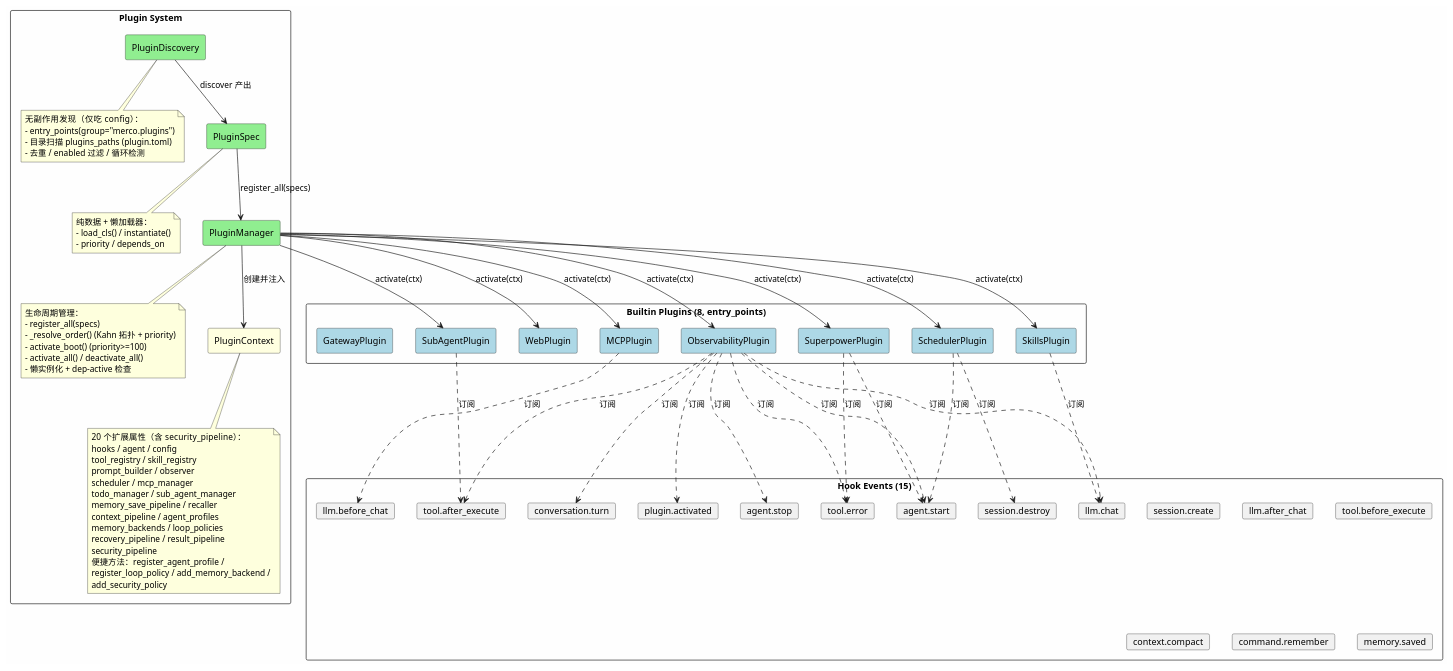
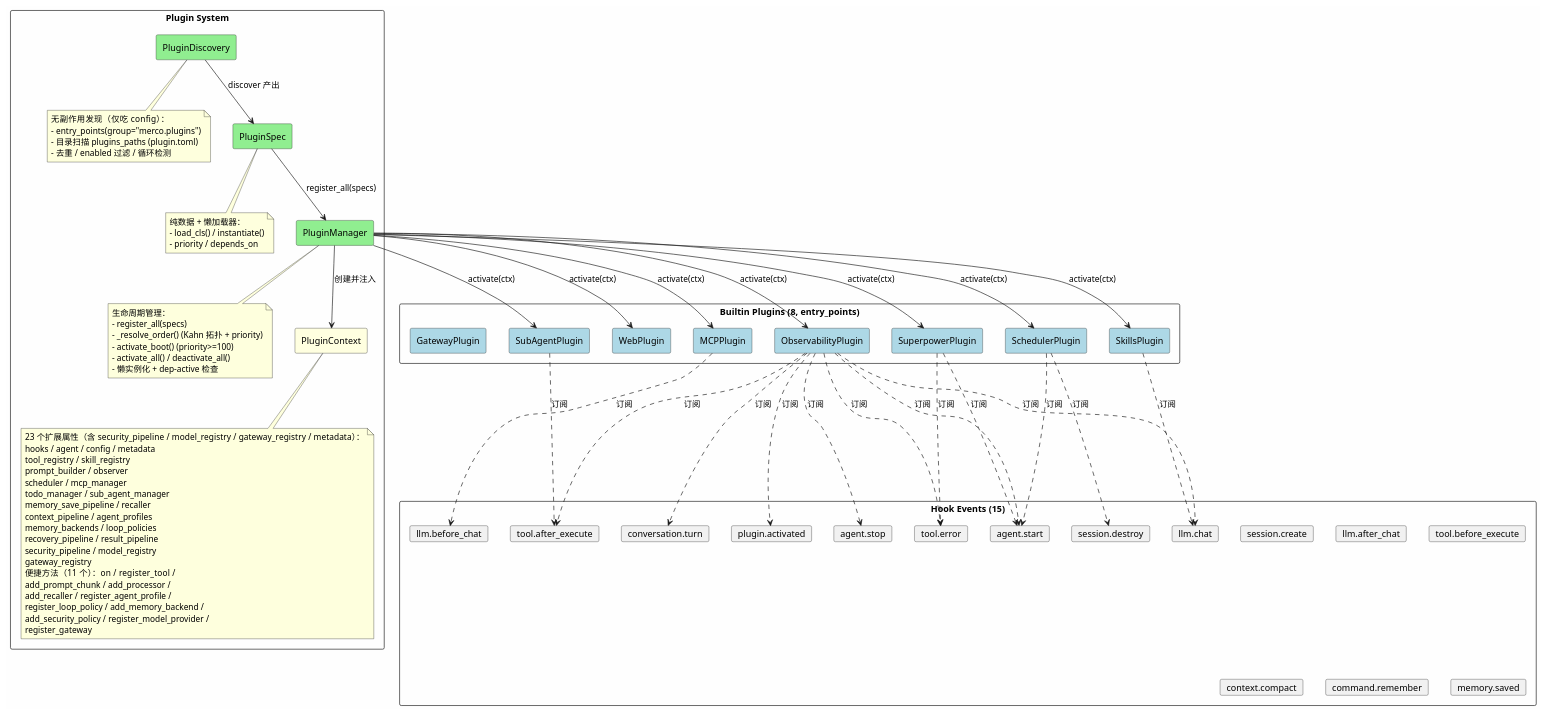
The second of 12 diagrams in docs/project-vision/references/architecture.md (XiongDaowen/merco), drawn with PlantUML before and after one commit. The commit also changed other lines of this file, not shown here.

Commit message:
docs(architecture): 核验+同步--PluginContext 23/11/Gateway 🟢NEW/8 内置插件/999 测试/ruff=0

```diff
--- a/docs/project-vision/references/architecture.md
+++ b/docs/project-vision/references/architecture.md
@@ -249,8 +249,8 @@
 
   rectangle "PluginContext" as Context #LightYellow
   note bottom of Context
-    20 个扩展属性（含 security_pipeline）：
-    hooks / agent / config
+    23 个扩展属性（含 security_pipeline / model_registry / gateway_registry / metadata）：
+    hooks / agent / config / metadata
     tool_registry / skill_registry
     prompt_builder / observer
     scheduler / mcp_manager
@@ -259,10 +259,14 @@
     context_pipeline / agent_profiles
     memory_backends / loop_policies
     recovery_pipeline / result_pipeline
-    security_pipeline
-    便捷方法：register_agent_profile /
+    security_pipeline / model_registry
+    gateway_registry
+    便捷方法（11 个）：on / register_tool /
+    add_prompt_chunk / add_processor /
+    add_recaller / register_agent_profile /
     register_loop_policy / add_memory_backend /
-    add_security_policy
+    add_security_policy / register_model_provider /
+    register_gateway
   end note
 }
 
```
